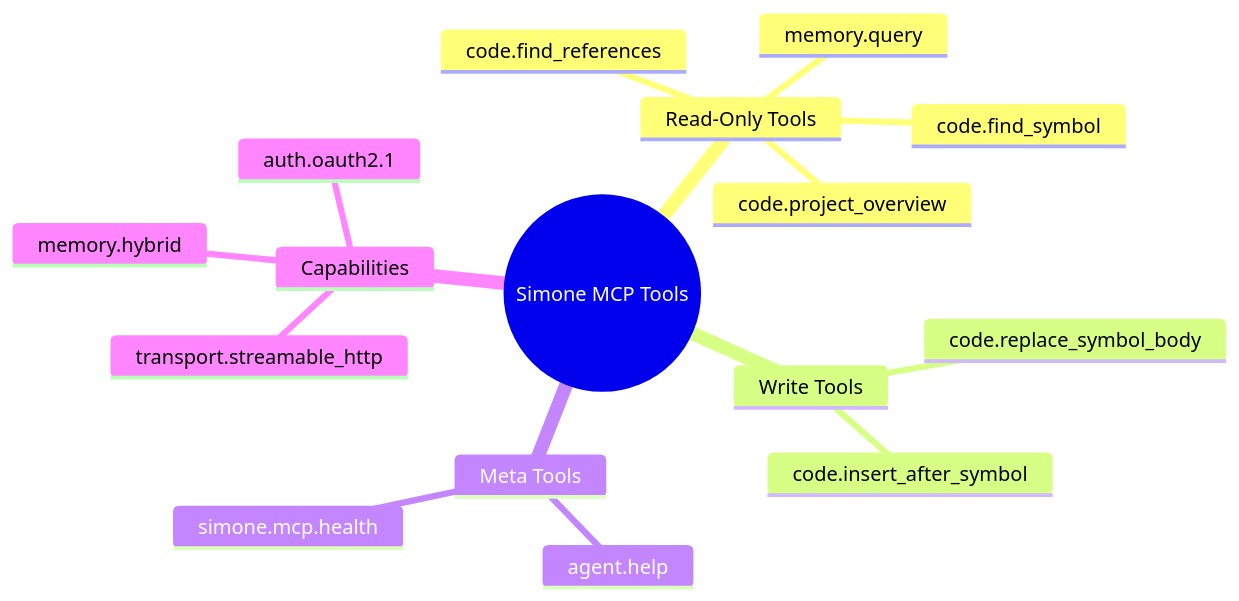
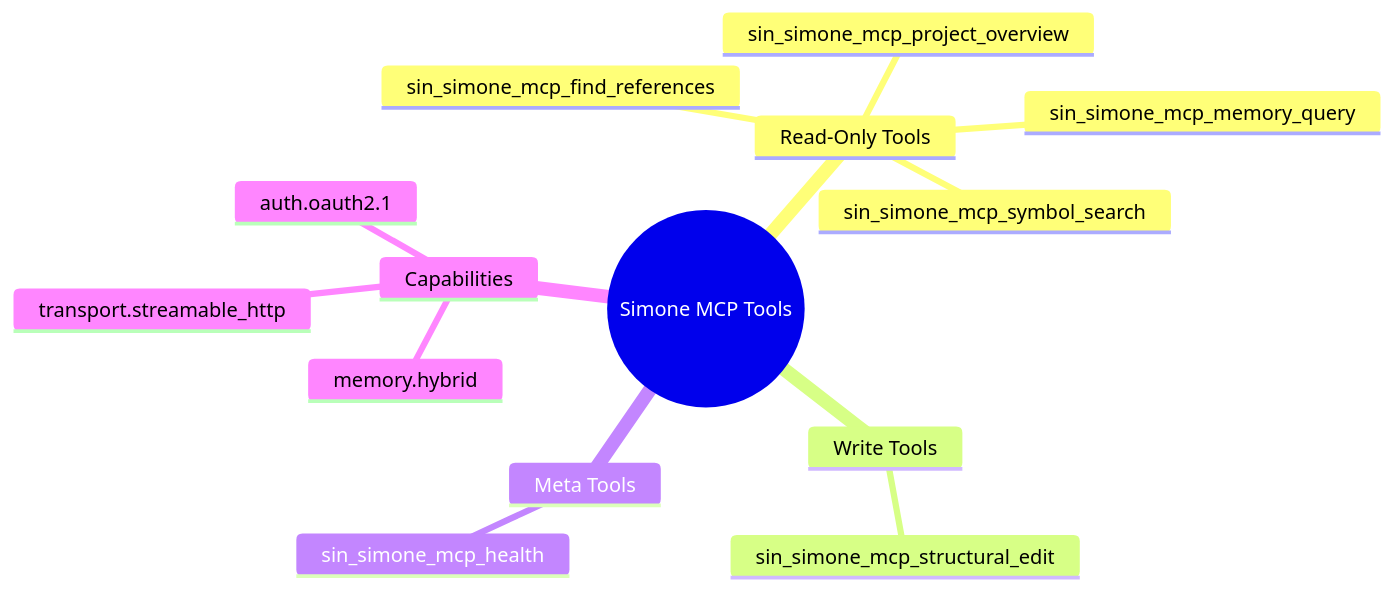
One commit to OpenSIN-Code/SIN-Code changed diagram 11 of 15 in legacy/simone-mcp/docs/architecture.md. Above: the diagram before and after it, drawn with Mermaid. The commit also changed 16 other files, not shown here.

````diff
--- a/legacy/simone-mcp/docs/architecture.md
+++ b/legacy/simone-mcp/docs/architecture.md
@@ -414,19 +414,17 @@
 ```mermaid
 mindmap
   root((Simone MCP Tools))
     Read-Only Tools
-      code.find_symbol
-      code.find_references
-      code.project_overview
-      memory.query
+      sin_simone_mcp_symbol_search
+      sin_simone_mcp_find_references
+      sin_simone_mcp_project_overview
+      sin_simone_mcp_memory_query
     Write Tools
-      code.replace_symbol_body
-      code.insert_after_symbol
+      sin_simone_mcp_structural_edit
     Meta Tools
-      agent.help
-      simone.mcp.health
+      sin_simone_mcp_health
     Capabilities
       memory.hybrid
       transport.streamable_http
       auth.oauth2.1
 ```
````
